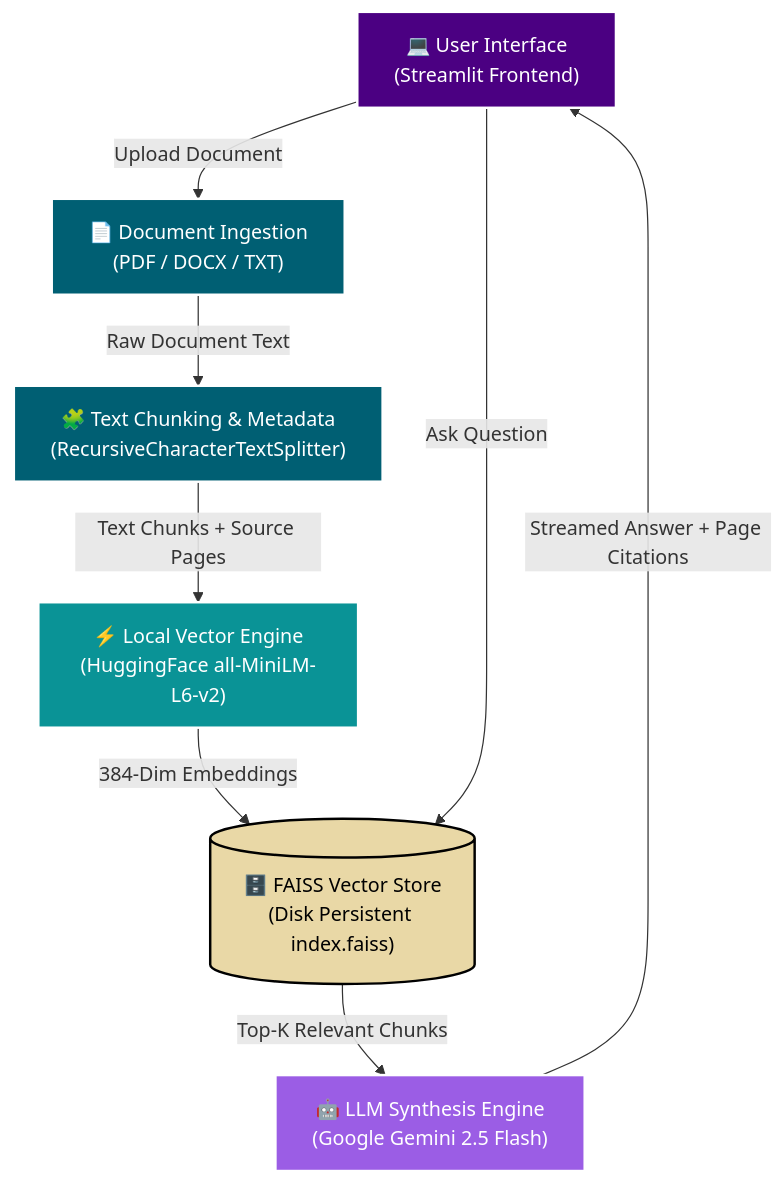
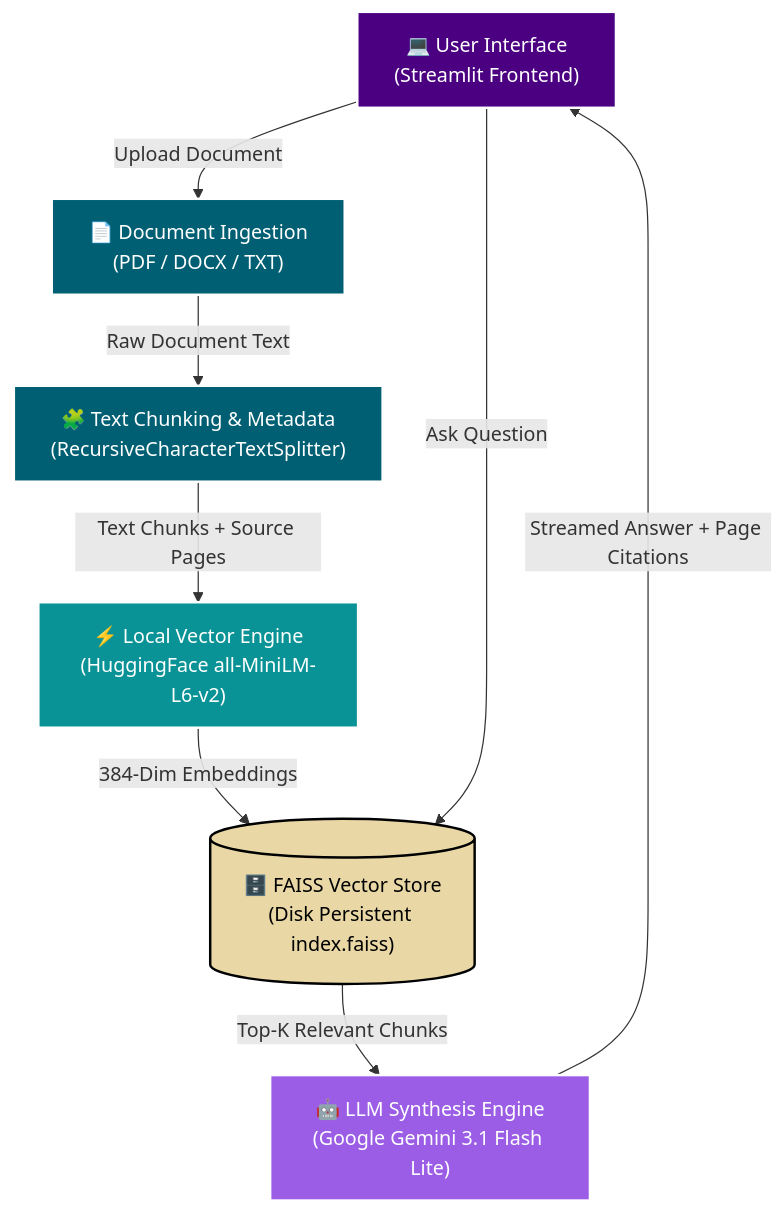
One commit to Anas-Nakhuda/DocPulseAI changed the diagram in README.md. Above: the diagram before and after it, drawn with Mermaid. The commit also changed other lines of this file, not shown here.

````diff
--- a/README.md
+++ b/README.md
@@ -30,23 +30,23 @@
 ```mermaid
 graph TD
     classDef ui fill:#4B0082,stroke:#fff,stroke-width:2px,color:#fff
     classDef extract fill:#005F73,stroke:#fff,stroke-width:2px,color:#fff
     classDef embed fill:#0A9396,stroke:#fff,stroke-width:2px,color:#fff
     classDef store fill:#E9D8A6,stroke:#000,stroke-width:2px,color:#000
     classDef llm fill:#9B5DE5,stroke:#fff,stroke-width:2px,color:#fff
 
     UI["💻 User Interface<br/>(Streamlit Frontend)"]:::ui
     Ingest["📄 Document Ingestion<br/>(PDF / DOCX / TXT)"]:::extract
     Parser["🧩 Text Chunking & Metadata<br/>(RecursiveCharacterTextSplitter)"]:::extract
     HF["⚡ Local Vector Engine<br/>(HuggingFace all-MiniLM-L6-v2)"]:::embed
     FAISS[("🗄️ FAISS Vector Store<br/>(Disk Persistent index.faiss)")]:::store
-    Gemini["🤖 LLM Synthesis Engine<br/>(Google Gemini 2.5 Flash)"]:::llm
+    Gemini["🤖 LLM Synthesis Engine<br/>(Google Gemini 3.1 Flash Lite)"]:::llm
 
     UI -->|Upload Document| Ingest
     Ingest -->|Raw Document Text| Parser
     Parser -->|Text Chunks + Source Pages| HF
     HF -->|384-Dim Embeddings| FAISS
     UI -->|Ask Question| FAISS
     FAISS -->|Top-K Relevant Chunks| Gemini
     Gemini -->|Streamed Answer + Page Citations| UI
 ```
````
